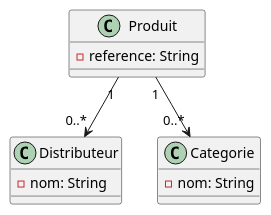
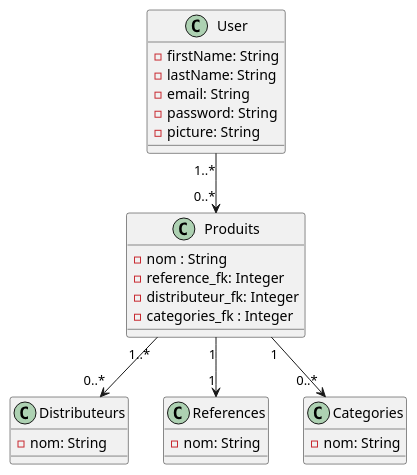
One commit to AdrienLutz/market_place_v3 changed the diagram in documentation/schema.puml. Above: the diagram before and after it, drawn with PlantUML.

Commit message:
Documentation > schema.puml : conception du schema puml

```diff
--- a/documentation/schema.puml
+++ b/documentation/schema.puml
@@ -1,18 +1,36 @@
 @startuml
 
-class Produit {
-    - reference: String
+class Produits {
+    - nom : String
+    - reference_fk: Integer
+    - distributeur_fk: Integer
+    - categories_fk : Integer
 }
 
-class Distributeur {
+class Distributeurs {
     - nom: String
 }
 
-class Categorie {
+class References {
     - nom: String
 }
 
-Produit "1" --> "0..*" Distributeur
-Produit "1" --> "0..*" Categorie
+class Categories {
+    - nom: String
+}
+
+class User {
+    - firstName: String
+    - lastName: String
+    - email: String
+    - password: String
+    - picture: String
+}
+
+User "1..*" --> "0..*" Produits
+Produits "1" --> "0..*" Categories
+Produits "1..*" --> "0..*" Distributeurs
+Produits "1" --> "1" References
+
 
 @enduml
```
